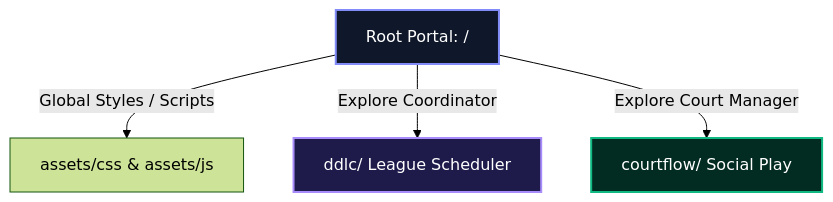
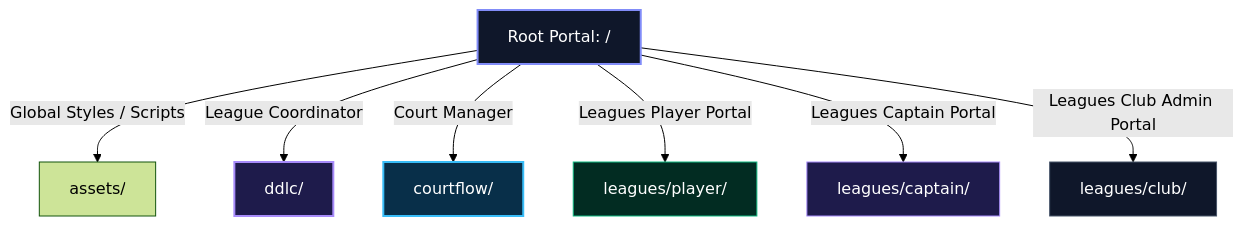
Before and after one commit to fixtureflow/fixtureflow.github.io: the diagram in docs/architecture/MASTER_ARCHITECTURE.md, drawn with Mermaid (forest theme). The commit also changed other lines of this file and 65 other files, not shown here.

````diff
--- a/docs/architecture/MASTER_ARCHITECTURE.md
+++ b/docs/architecture/MASTER_ARCHITECTURE.md
@@ -11,10 +11,16 @@
 ```mermaid
 graph TD
-    Root[Root Portal: /] -->|Global Styles / Scripts| Assets[assets/css & assets/js]
-    Root -->|Explore Coordinator| DDLC[ddlc/ League Scheduler]
-    Root -->|Explore Court Manager| CourtFlow[courtflow/ Social Play]
+    Root[Root Portal: /] -->|Global Styles / Scripts| Assets[assets/]
+    Root -->|League Coordinator| DDLC[ddlc/]
+    Root -->|Court Manager| CourtFlow[courtflow/]
+    Root -->|Leagues Player Portal| Player[leagues/player/]
+    Root -->|Leagues Captain Portal| Captain[leagues/captain/]
+    Root -->|Leagues Club Admin Portal| Club[leagues/club/]
     
     style Root fill:#0f172a,stroke:#818cf8,stroke-width:2px,color:#fff
     style DDLC fill:#1e1b4b,stroke:#a78bfa,stroke-width:2px,color:#fff
-    style CourtFlow fill:#022c22,stroke:#10b981,stroke-width:2px,color:#fff
+    style CourtFlow fill:#082f49,stroke:#38bdf8,stroke-width:2px,color:#fff
+    style Player fill:#022c22,stroke:#10b981,stroke-width:1px,color:#fff
+    style Captain fill:#1e1b4b,stroke:#a78bfa,stroke-width:1px,color:#fff
+    style Club fill:#0f172a,stroke:#475569,stroke-width:1px,color:#fff
 ```
````
